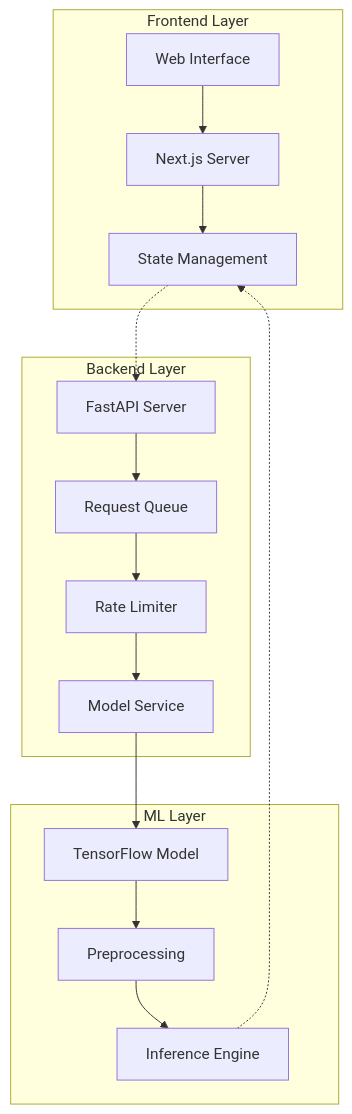
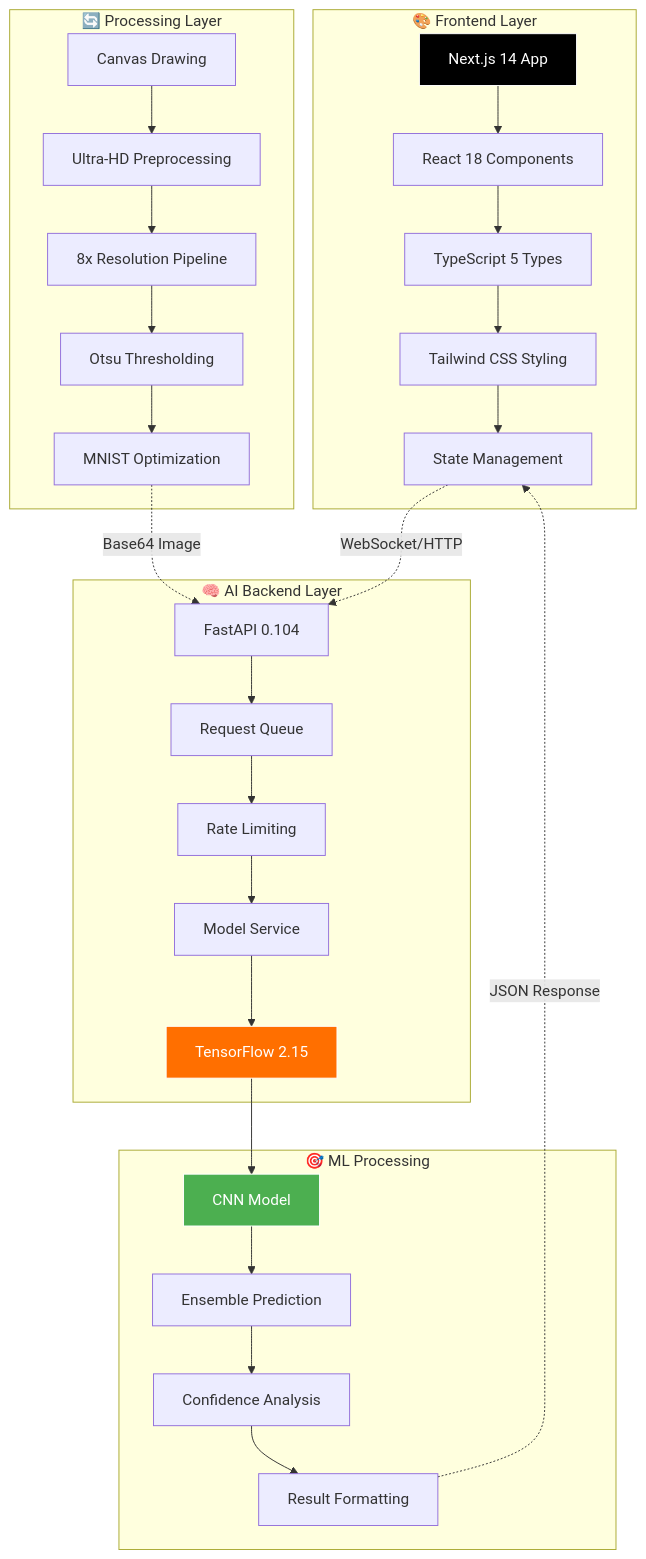
Before and after one commit to Kedhareswer/Digit_Classifier: the first of 8 diagrams in README.md, drawn with Mermaid. The commit also changed other lines of this file, not shown here.

````diff
--- a/README.md
+++ b/README.md
@@ -105,22 +287,38 @@
 ```mermaid
 graph TB
-    subgraph "Frontend Layer"
-        A[Web Interface] --> B[Next.js Server]
-        B --> C[State Management]
+    subgraph "🎨 Frontend Layer"
+        A[Next.js 14 App] --> B[React 18 Components]
+        B --> C[TypeScript 5 Types]
+        C --> D[Tailwind CSS Styling]
+        D --> E[State Management]
     end
     
-    subgraph "Backend Layer"
-        D[FastAPI Server] --> E[Request Queue]
-        E --> F[Rate Limiter]
-        F --> G[Model Service]
+    subgraph "🔄 Processing Layer"
+        F[Canvas Drawing] --> G[Ultra-HD Preprocessing]
+        G --> H[8x Resolution Pipeline]
+        H --> I[Otsu Thresholding]
+        I --> J[MNIST Optimization]
     end
     
-    subgraph "ML Layer"
-        G --> H[TensorFlow Model]
-        H --> I[Preprocessing]
-        I --> J[Inference Engine]
+    subgraph "🧠 AI Backend Layer"
+        K[FastAPI 0.104] --> L[Request Queue]
+        L --> M[Rate Limiting]
+        M --> N[Model Service]
+        N --> O[TensorFlow 2.15]
     end
     
-    C -.-> D
-    J -.-> C
+    subgraph "🎯 ML Processing"
+        O --> P[CNN Model]
+        P --> Q[Ensemble Prediction]
+        Q --> R[Confidence Analysis]
+        R --> S[Result Formatting]
+    end
+    
+    E -.->|WebSocket/HTTP| K
+    J -.->|Base64 Image| K
+    S -.->|JSON Response| E
+    
+    style A fill:#000,stroke:#fff,color:#fff
+    style O fill:#FF6F00,stroke:#fff,color:#fff
+    style P fill:#4CAF50,stroke:#fff,color:#fff
 ```
````
